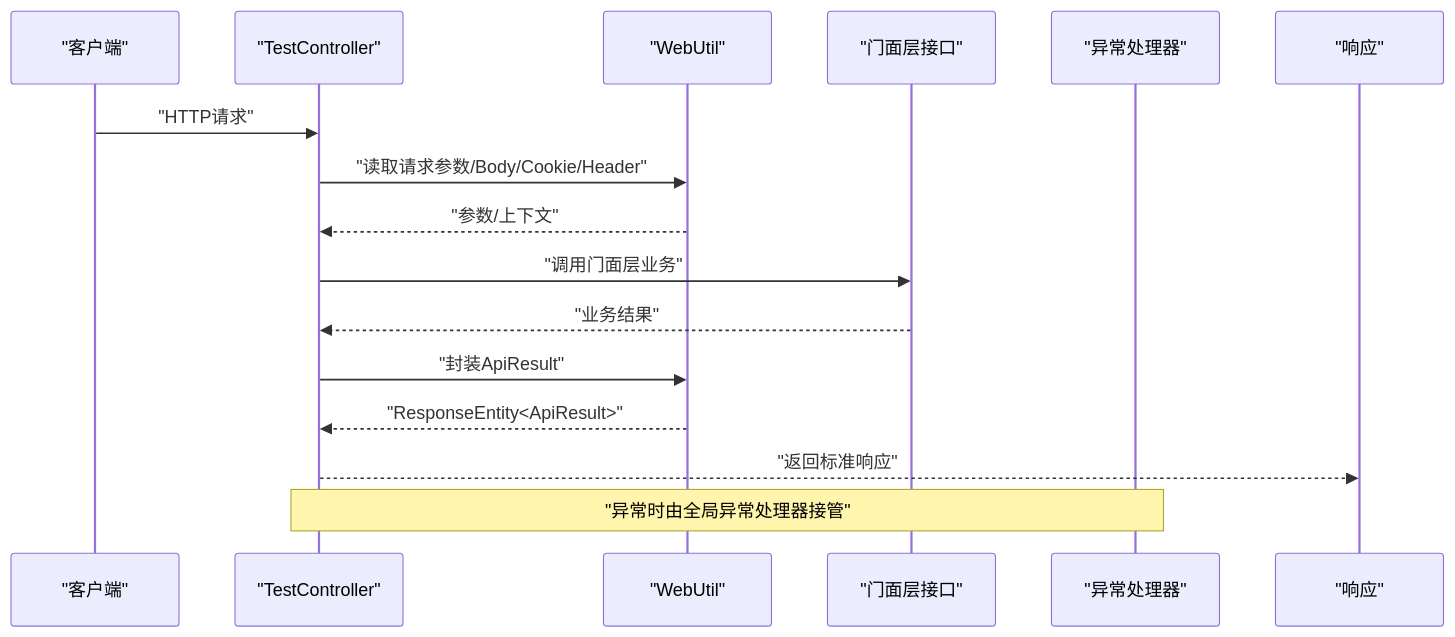
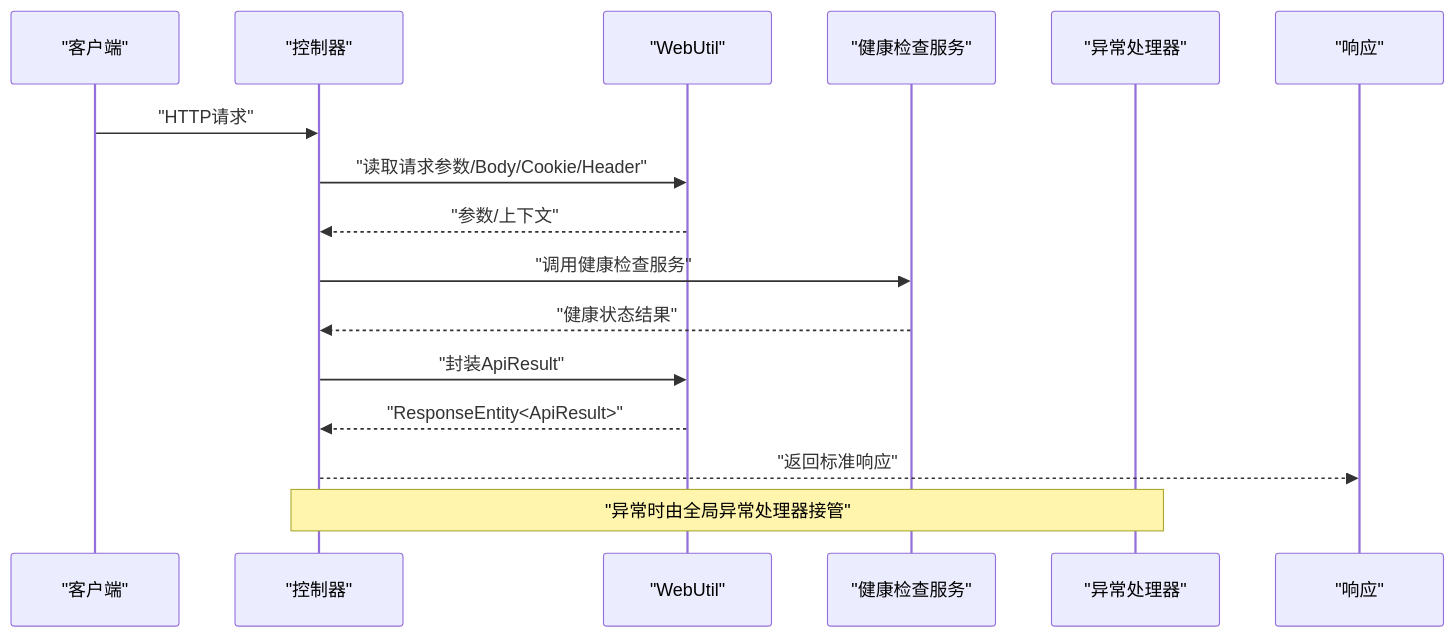
The second of 10 diagrams in .qoder/repowiki/zh/content/项目概述/项目结构/业务服务实现层/Web控制器.md (magicliang/domain-driven-transaction-sys), drawn with Mermaid before and after one commit. The commit also changed other lines of this file and 7 other files, not shown here.

````diff
--- a/.qoder/repowiki/zh/content/项目概述/项目结构/业务服务实现层/Web控制器.md
+++ b/.qoder/repowiki/zh/content/项目概述/项目结构/业务服务实现层/Web控制器.md
@@ -99,18 +122,18 @@
 ```mermaid
 sequenceDiagram
 participant Client as "客户端"
-participant Controller as "TestController"
+participant Controller as "控制器"
 participant Util as "WebUtil"
-participant Facade as "门面层接口"
+participant Service as "健康检查服务"
 participant Handler as "异常处理器"
 participant Resp as "响应"
 Client->>Controller : "HTTP请求"
 Controller->>Util : "读取请求参数/Body/Cookie/Header"
 Util-->>Controller : "参数/上下文"
-Controller->>Facade : "调用门面层业务"
-Facade-->>Controller : "业务结果"
+Controller->>Service : "调用健康检查服务"
+Service-->>Controller : "健康状态结果"
 Controller->>Util : "封装ApiResult"
 Util-->>Controller : "ResponseEntity<ApiResult>"
 Controller-->>Resp : "返回标准响应"
 note over Controller,Handler : "异常时由全局异常处理器接管"
 ```
````
